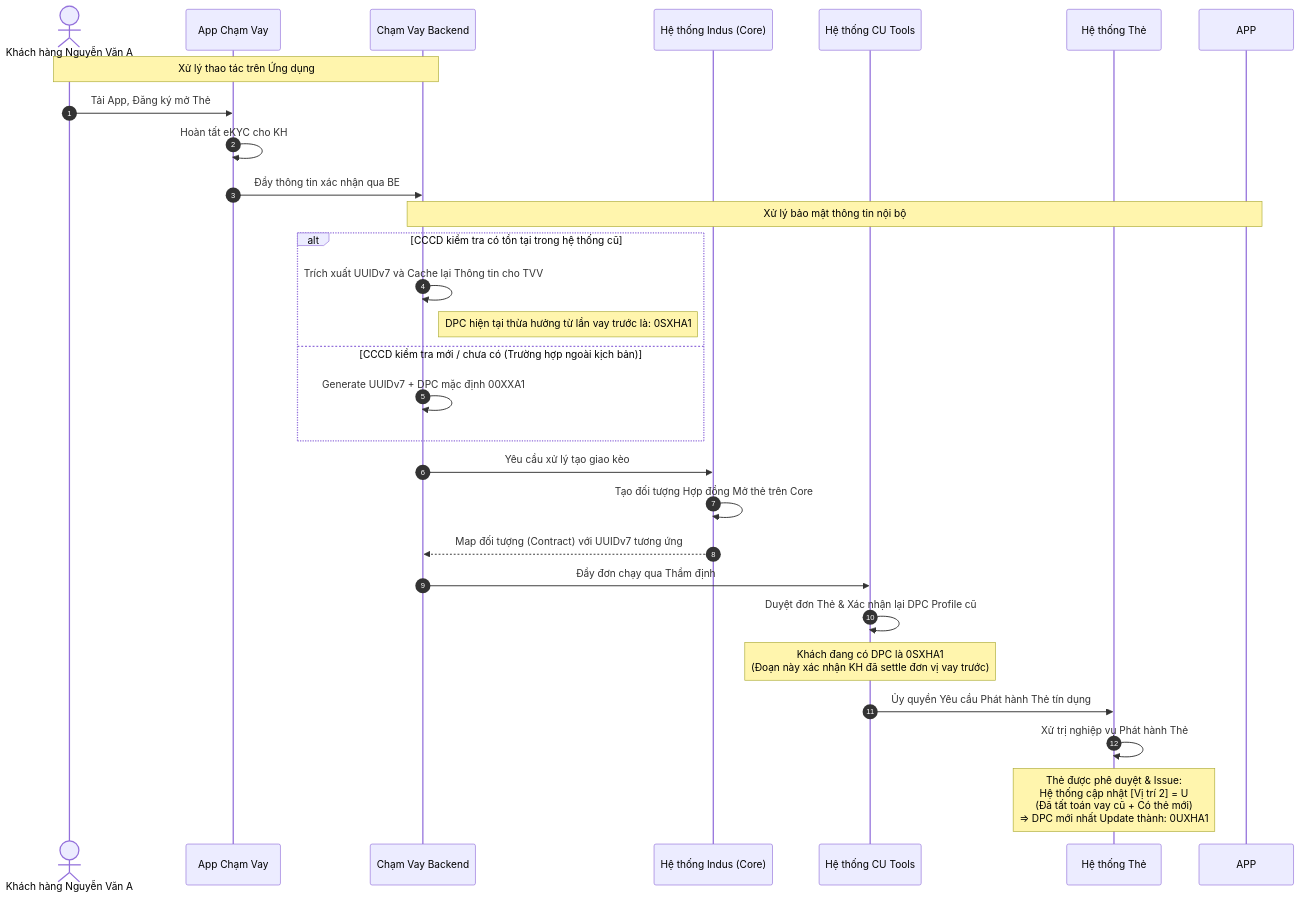
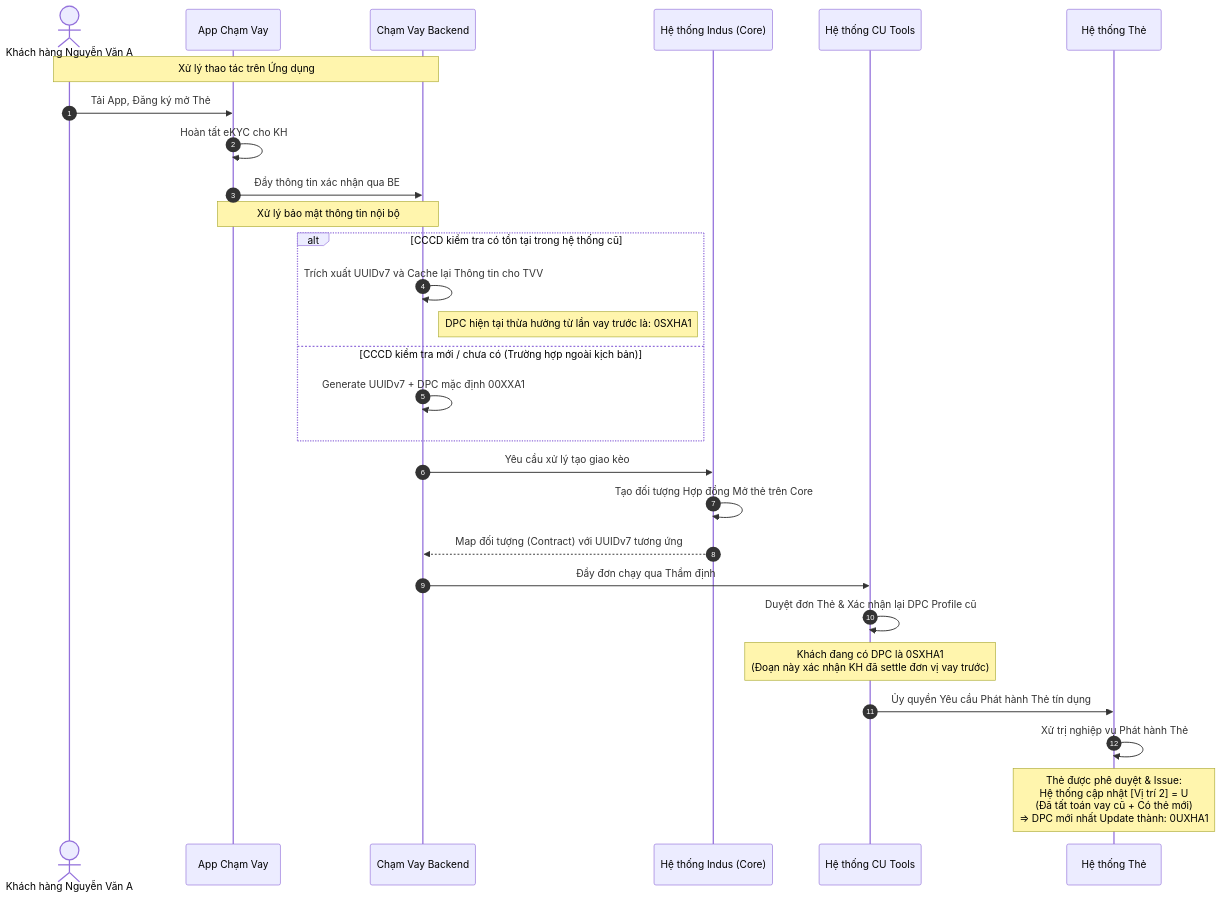
The second of 2 diagrams in dpc/03_Luong_Xu_Ly_DPC.md (quangha9797/hdss-docs), drawn with Mermaid before and after one commit. The commit also changed other lines of this file, not shown here.

````diff
--- a/dpc/03_Luong_Xu_Ly_DPC.md
+++ b/dpc/03_Luong_Xu_Ly_DPC.md
@@ -76,35 +76,35 @@
 ```mermaid
 sequenceDiagram
     autonumber
     actor KH as Khách hàng Nguyễn Văn A
     participant CV as App Chạm Vay 
     participant BE as Chạm Vay Backend
     participant IND as Hệ thống Indus (Core)
     participant CUT as Hệ thống CU Tools
     participant CC as Hệ thống Thẻ
 
     note over KH, BE: Xử lý thao tác trên Ứng dụng
     KH->>CV: Tải App, Đăng ký mở Thẻ
     CV->>CV: Hoàn tất eKYC cho KH
     CV->>BE: Đẩy thông tin xác nhận qua BE
     
-    note over APP, BE: Xử lý bảo mật thông tin nội bộ
+    note over CV, BE: Xử lý bảo mật thông tin nội bộ
     alt CCCD kiểm tra có tồn tại trong hệ thống cũ
         BE->>BE: Trích xuất UUIDv7 và Cache lại Thông tin cho TVV
         note right of BE: DPC hiện tại thừa hưởng từ lần vay trước là: 0SXHA1
     else CCCD kiểm tra mới / chưa có (Trường hợp ngoài kịch bản)
         BE->>BE: Generate UUIDv7 + DPC mặc định 00XXA1
     end
 
     BE->>IND: Yêu cầu xử lý tạo giao kèo
     IND->>IND: Tạo đối tượng Hợp đồng Mở thẻ trên Core
     IND-->>BE: Map đối tượng (Contract) với UUIDv7 tương ứng
 
     BE->>CUT: Đẩy đơn chạy qua Thẩm định
     CUT->>CUT: Duyệt đơn Thẻ & Xác nhận lại DPC Profile cũ
     note over CUT: Khách đang có DPC là 0SXHA1<br/>(Đoạn này xác nhận KH đã settle đơn vị vay trước)
     
     CUT->>CC: Ủy quyền Yêu cầu Phát hành Thẻ tín dụng
     CC->>CC: Xử trị nghiệp vụ Phát hành Thẻ
     note over CC: Thẻ được phê duyệt & Issue:<br/>Hệ thống cập nhật [Vị trí 2] = U<br/>(Đã tất toán vay cũ + Có thẻ mới)<br/>=> DPC mới nhất Update thành: 0UXHA1
 ```
````
